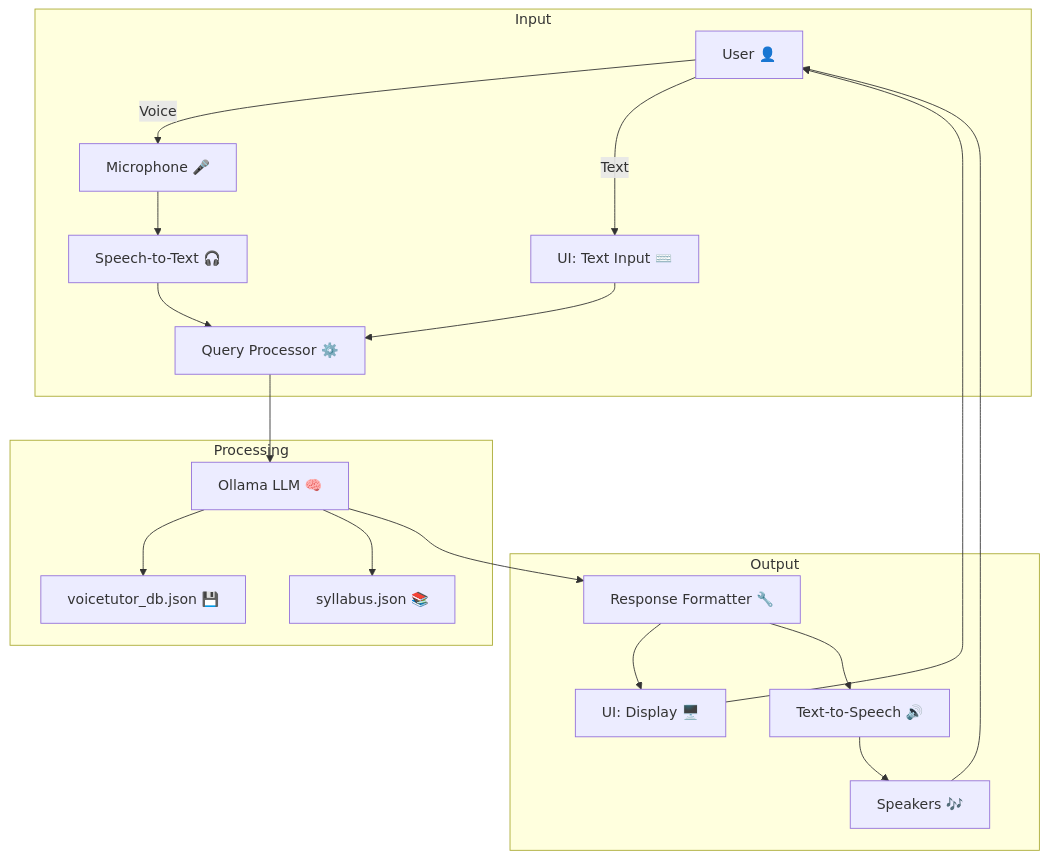
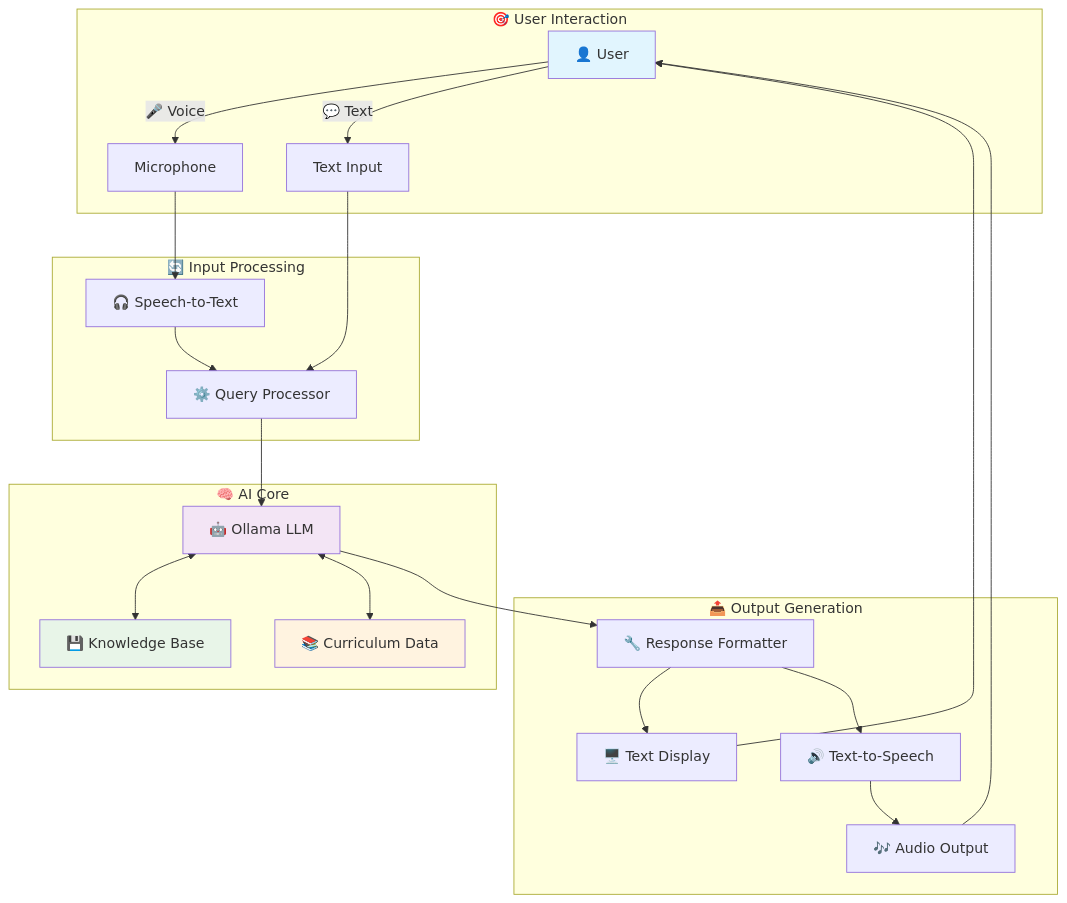
One commit to Logulokesh/voice-tutor changed the diagram in README.md. Above: the diagram before and after it, drawn with Mermaid. The commit also changed other lines of this file, not shown here.

````diff
--- a/README.md
+++ b/README.md
@@ -101,27 +61,35 @@
 ```mermaid
-graph TD
-    A[User 👤]
-    
-    subgraph Input
-        A -->|Voice| B[Microphone 🎤]
-        A -->|Text| C[UI: Text Input ⌨️]
-        B --> D[Speech-to-Text 🎧]
-        D --> E[Query Processor ⚙️]
-        C --> E
+graph TB
+    subgraph "🎯 User Interaction"
+        A[👤 User]
+        A -->|🎤 Voice| B[Microphone]
+        A -->|💬 Text| C[Text Input]
     end
     
-    subgraph Processing
-        E --> F[Ollama LLM 🧠]
-        F --> G[voicetutor_db.json 💾]
-        F --> H[syllabus.json 📚]
+    subgraph "🔄 Input Processing"
+        B --> D[🎧 Speech-to-Text]
+        C --> E[⚙️ Query Processor]
+        D --> E
     end
     
-    subgraph Output
-        F --> I[Response Formatter 🔧]
-        I --> J[UI: Display 🖥️]
-        I --> K[Text-to-Speech 🔊]
-        K --> L[Speakers 🎶]
-        J --> A
-        L --> A
+    subgraph "🧠 AI Core"
+        E --> F[🤖 Ollama LLM]
+        F <--> G[💾 Knowledge Base]
+        F <--> H[📚 Curriculum Data]
     end
+    
+    subgraph "📤 Output Generation"
+        F --> I[🔧 Response Formatter]
+        I --> J[🖥️ Text Display]
+        I --> K[🔊 Text-to-Speech]
+        K --> L[🎶 Audio Output]
+    end
+    
+    J --> A
+    L --> A
+    
+    style A fill:#e1f5fe
+    style F fill:#f3e5f5
+    style G fill:#e8f5e8
+    style H fill:#fff3e0
 ```
````
